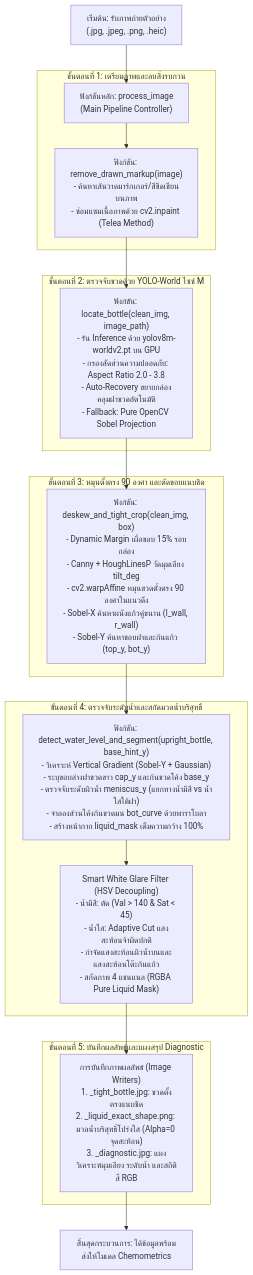
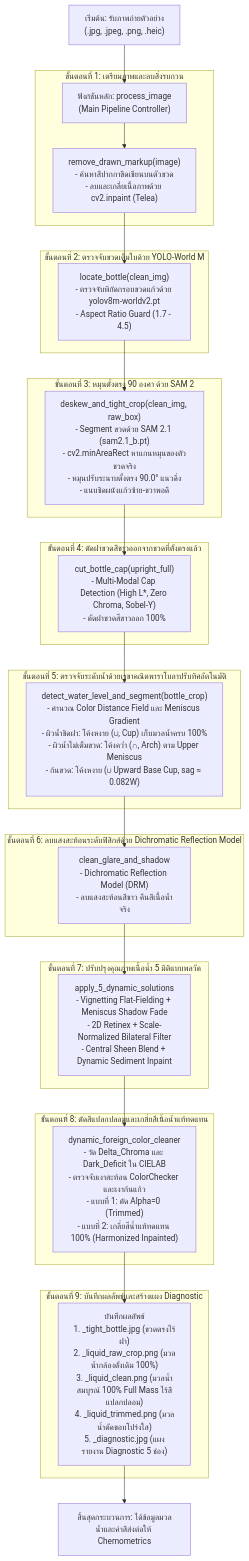
Before and after one commit to 67160213-ux/water_girlfriend: the diagram in สิ่งที่ทำ.md, drawn with Mermaid. The commit also changed other lines of this file and 14 other files, not shown here.

Commit message:
feat: integrate SAM 2 deskewing, upward base cup, 5 dynamic solutions, and CIELAB foreign color cleaning & infilling pipeline

````diff
--- a/สิ่งที่ทำ.md
+++ b/สิ่งที่ทำ.md
@@ -31,28 +52,42 @@
 ```mermaid
 flowchart TD
     Start["เริ่มต้น: รับภาพถ่ายตัวอย่าง<br/>(.jpg, .jpeg, .png, .heic)"] --> F_Main["ฟังก์ชันหลัก: process_image<br/>(Main Pipeline Controller)"]
     
     subgraph Step1["ขั้นตอนที่ 1: เตรียมภาพและลบสิ่งรบกวน"]
-        F_Main --> F1["ฟังก์ชัน: remove_drawn_markup(image)<br/>- ค้นหาเส้นวาดมาร์กเกอร์/สีขีดเขียนบนภาพ<br/>- ซ่อมแซมเนื้อภาพด้วย cv2.inpaint (Telea Method)"]
+        F_Main --> F1["remove_drawn_markup(image)<br/>- ค้นหาสีปากกาขีดเขียนบนตัวขวด<br/>- ลบและเกลี่ยเนื้อภาพด้วย cv2.inpaint (Telea)"]
     end
 
-    subgraph Step2["ขั้นตอนที่ 2: ตรวจจับขวดด้วย YOLO-World ไซซ์ M"]
-        F1 --> F2["ฟังก์ชัน: locate_bottle(clean_img, image_path)<br/>- รัน Inference ด้วย yolov8m-worldv2.pt บน GPU<br/>- กรองสัดส่วนความปลอดภัย: Aspect Ratio 2.0 - 3.8<br/>- Auto-Recovery ขยายกล่องคลุมฝาขวดอัตโนมัติ<br/>- Fallback: Pure OpenCV Sobel Projection"]
+    subgraph Step2["ขั้นตอนที่ 2: ตรวจจับขวดเต็มใบด้วย YOLO-World M"]
+        F1 --> F2["locate_bottle(clean_img)<br/>- ตรวจจับพิกัดกรอบขวดแก้วด้วย yolov8m-worldv2.pt<br/>- Aspect Ratio Guard (1.7 - 4.5)"]
     end
 
-    subgraph Step3["ขั้นตอนที่ 3: หมุนตั้งตรง 90 องศา และตัดขอบแนบชิด"]
-        F2 --> F3["ฟังก์ชัน: deskew_and_tight_crop(clean_img, box)<br/>- Dynamic Margin เผื่อขอบ 15% รอบกล่อง<br/>- Canny + HoughLinesP วัดมุมเอียง tilt_deg<br/>- cv2.warpAffine หมุนขวดตั้งตรง 90 องศาในแนวดิ่ง<br/>- Sobel-X ค้นหาผนังแก้วคู่ขนาน (l_wall, r_wall)<br/>- Sobel-Y ค้นหาขอบฝาและก้นแก้ว (top_y, bot_y)"]
+    subgraph Step3["ขั้นตอนที่ 3: หมุนตั้งตรง 90 องศา ด้วย SAM 2"]
+        F2 --> F3["deskew_and_tight_crop(clean_img, raw_box)<br/>- Segment ขวดด้วย SAM 2.1 (sam2.1_b.pt)<br/>- cv2.minAreaRect หาแกนหมุนของตัวขวดจริง<br/>- หมุนปรับระนาบตั้งตรง 90.0° แนวดิ่ง<br/>- แนบชิดผนังแก้วซ้าย-ขวาพอดี"]
     end
 
-    subgraph Step4["ขั้นตอนที่ 4: ตรวจจับระดับน้ำและสกัดมวลน้ำบริสุทธิ์"]
-        F3 --> F4["ฟังก์ชัน: detect_water_level_and_segment(upright_bottle, base_hint_y)<br/>- วิเคราะห์ Vertical Gradient (Sobel-Y + Gaussian)<br/>- ระบุขอบล่างฝาขวดขาว cap_y และก้นขวดโค้ง base_y<br/>- ตรวจจับระดับผิวน้ำ meniscus_y (แยกทางน้ำมีสี vs น้ำใสใต้ฝา)<br/>- จำลองส่วนโค้งก้นขวดมน bot_curve ด้วยพาราโบลา<br/>- สร้างหน้ากาก liquid_mask เต็มความกว้าง 100%"]
-        
-        F4 --> F4_Filter["Smart White Glare Filter (HSV Decoupling)<br/>- น้ำมีสี: ตัด (Val > 140 & Sat < 45)<br/>- น้ำใส: Adaptive Cut แสงสะท้อนจ้าผิดปกติ<br/>- กำจัดแสงสะท้อนผิวน้ำบนและแสงสะท้อนโต๊ะก้นแก้ว<br/>- สกัดภาพ 4 แชนแนล (RGBA Pure Liquid Mask)"]
+    subgraph Step4["ขั้นตอนที่ 4: ตัดฝาขวดสีขาวออกจากขวดที่ตั้งตรงแล้ว"]
+        F3 --> F4["cut_bottle_cap(upright_full)<br/>- Multi-Modal Cap Detection (High L*, Zero Chroma, Sobel-Y)<br/>- ตัดฝาขวดสีขาวออก 100%"]
     end
 
-    subgraph Step5["ขั้นตอนที่ 5: บันทึกผลลัพธ์และแผงสรุป Diagnostic"]
-        F4_Filter --> F5["การบันทึกภาพผลลัพธ์ (Image Writers)<br/>1. _tight_bottle.jpg: ขวดตั้งตรงแนบชิด<br/>2. _liquid_exact_shape.png: มวลน้ำบริสุทธิ์โปร่งใส (Alpha=0 จุดสะท้อน)<br/>3. _diagnostic.jpg: แผงวิเคราะห์มุมเอียง ระดับน้ำ และสถิติสี RGB"]
+    subgraph Step5["ขั้นตอนที่ 5: ตรวจจับระดับน้ำด้วยเรขาคณิตพาราโบลาปรับทิศอัตโนมัติ"]
+        F4 --> F5["detect_water_level_and_segment(bottle_crop)<br/>- คำนวณ Color Distance Field และ Meniscus Gradient<br/>- ผิวน้ำชิดฝา: โค้งหงาย (∪, Cup) เก็บมวลน้ำครบ 100%<br/>- ผิวน้ำไม่เต็มขวด: โค้งคว่ำ (∩, Arch) ตาม Upper Meniscus<br/>- ก้นขวด: โค้งหงาย (∪ Upward Base Cup, sag ≈ 0.082W)"]
     end
 
-    F5 --> End["สิ้นสุดกระบวนการ: ได้ข้อมูลพร้อมส่งให้โมเดล Chemometrics"]
+    subgraph Step6["ขั้นตอนที่ 6: ลบแสงสะท้อนระดับฟิสิกส์ด้วย Dichromatic Reflection Model"]
+        F5 --> F6["clean_glare_and_shadow<br/>- Dichromatic Reflection Model (DRM)<br/>- ลบแสงสะท้อนสีขาว คืนสีเนื้อน้ำจริง"]
+    end
+
+    subgraph Step7["ขั้นตอนที่ 7: ปรับปรุงคุณภาพเนื้อน้ำ 5 มิติแบบพลวัต"]
+        F6 --> F7["apply_5_dynamic_solutions<br/>- Vignetting Flat-Fielding + Meniscus Shadow Fade<br/>- 2D Retinex + Scale-Normalized Bilateral Filter<br/>- Central Sheen Blend + Dynamic Sediment Inpaint"]
+    end
+
+    subgraph Step8["ขั้นตอนที่ 8: ตัดสีแปลกปลอมและเกลี่ยสีเนื้อน้ำแท้ทดแทน"]
+        F7 --> F8["dynamic_foreign_color_cleaner<br/>- วัด Delta_Chroma และ Dark_Deficit ใน CIELAB<br/>- ตรวจจับเงาสะท้อน ColorChecker และเงาก้นแก้ว<br/>- แบบที่ 1: ตัด Alpha=0 (Trimmed)<br/>- แบบที่ 2: เกลี่ยสีน้ำแท้ทดแทน 100% (Harmonized Inpainted)"]
+    end
+
+    subgraph Step9["ขั้นตอนที่ 9: บันทึกผลลัพธ์และสร้างแผง Diagnostic"]
+        F8 --> F9["บันทึกผลลัพธ์<br/>1. _tight_bottle.jpg (ขวดตรงไร้ฝา)<br/>2. _liquid_raw_crop.png (มวลน้ำกล้องดั้งเดิม 100%)<br/>3. _liquid_clean.png (มวลน้ำสมบูรณ์ 100% Full Mass ไร้สีแปลกปลอม)<br/>4. _liquid_trimmed.png (มวลน้ำตัดขอบโปร่งใส)<br/>5. _diagnostic.jpg (แผงรายงาน Diagnostic 5 ช่อง)"]
+    end
+
+    F9 --> End["สิ้นสุดกระบวนการ: ได้ข้อมูลมวลน้ำและค่าสีส่งต่อให้ Chemometrics"]
 ```
````
